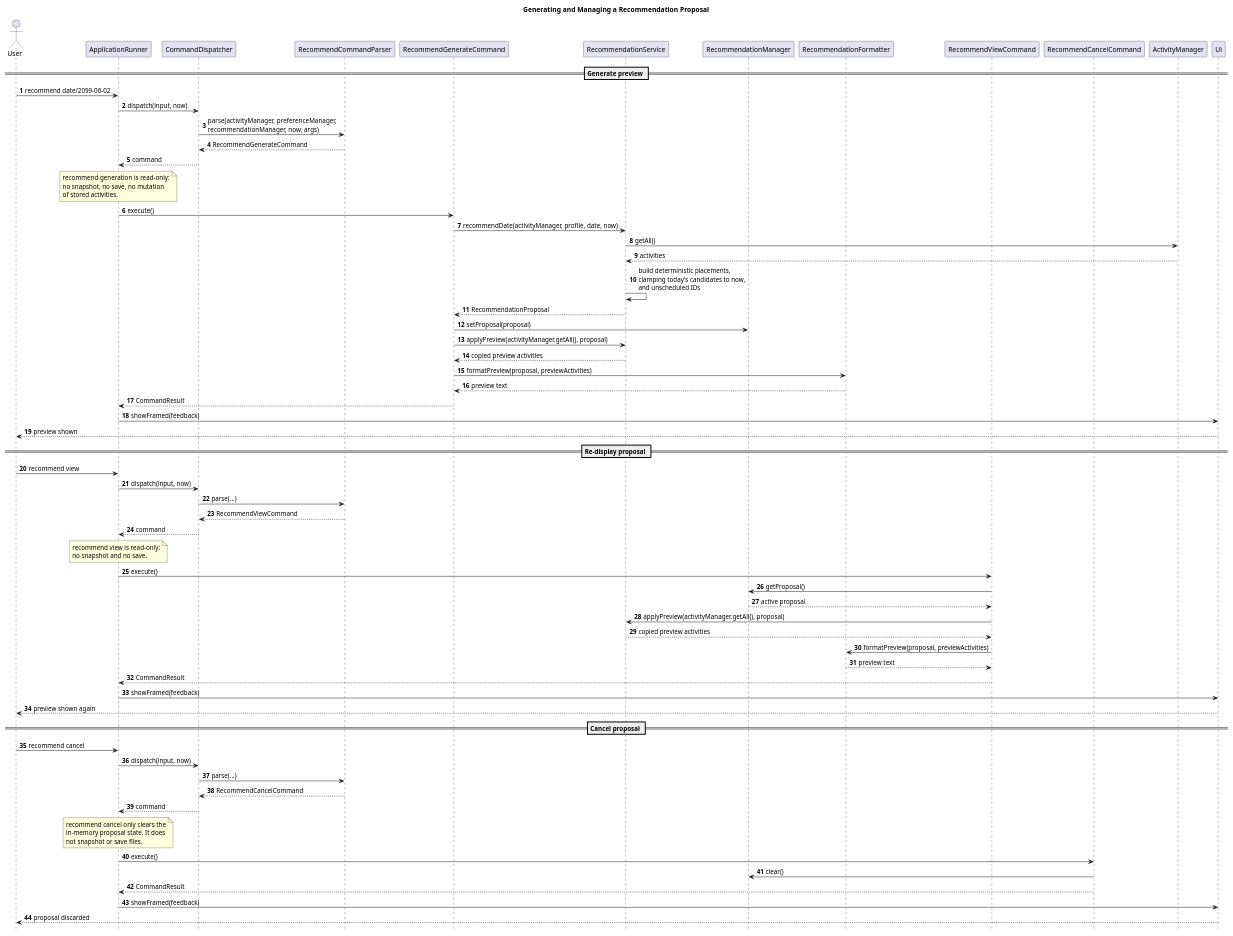
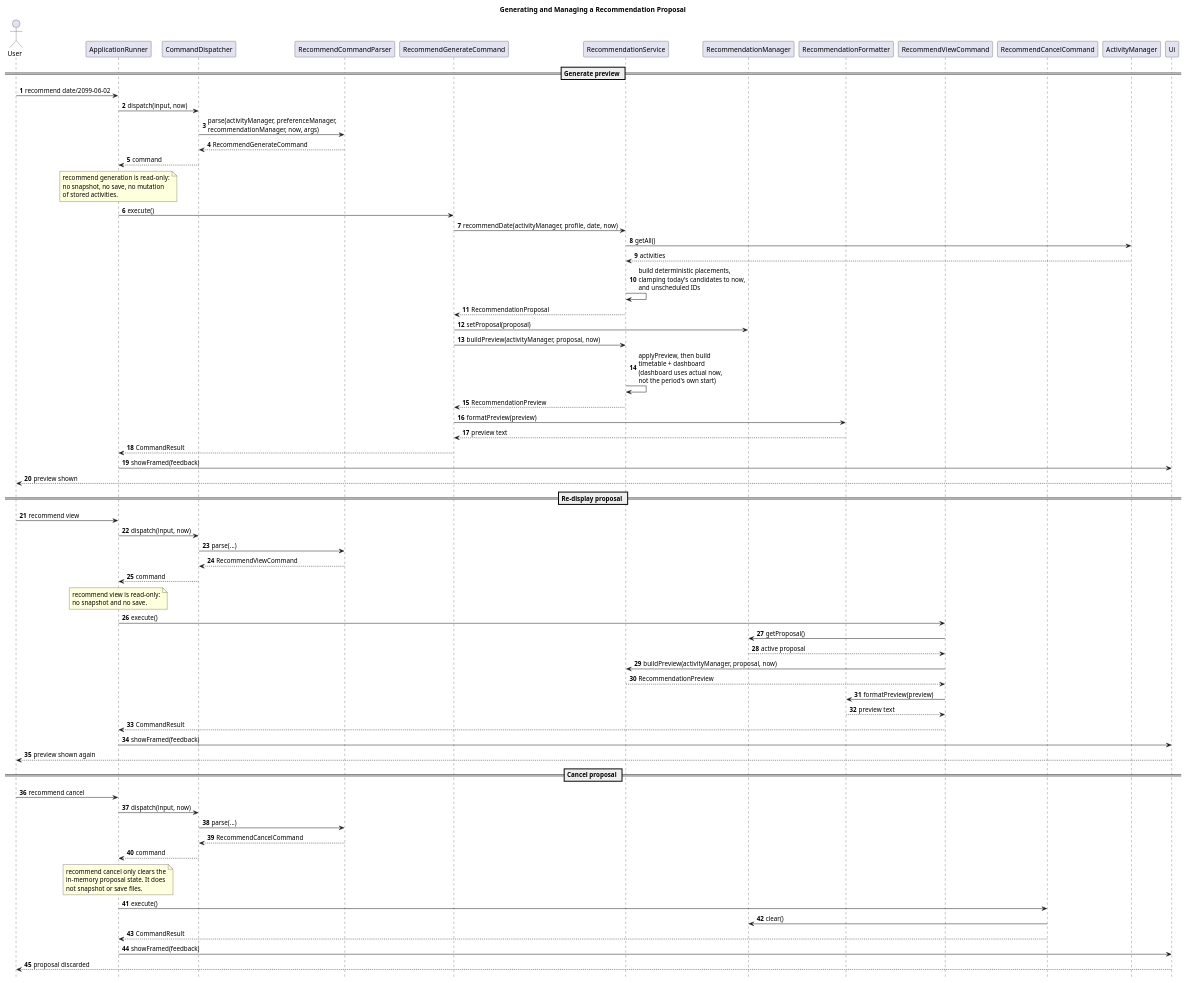
Before and after one commit to lukelouyu/SelfTeamProject: the diagram in docs/diagrams/sequence/RecommendationGenerationSequence.puml, drawn with PlantUML. The commit also changed 5 other files, not shown here.

```diff
--- a/docs/diagrams/sequence/RecommendationGenerationSequence.puml
+++ b/docs/diagrams/sequence/RecommendationGenerationSequence.puml
@@ -1,90 +1,91 @@
 @startuml
 title Generating and Managing a Recommendation Proposal
 
 skinparam shadowing false
 hide footbox
 autonumber
 
 actor User
 participant ApplicationRunner as Runner
 participant CommandDispatcher as Dispatcher
 participant RecommendCommandParser as Parser
 participant RecommendGenerateCommand as Generate
 participant RecommendationService as Service
 participant RecommendationManager as ProposalStore
 participant RecommendationFormatter as Formatter
 participant RecommendViewCommand as View
 participant RecommendCancelCommand as Cancel
 participant ActivityManager as Manager
 participant Ui
 
 == Generate preview ==
 
 User -> Runner : recommend date/2099-06-02
 Runner -> Dispatcher : dispatch(input, now)
 Dispatcher -> Parser : parse(activityManager, preferenceManager,\nrecommendationManager, now, args)
 Parser --> Dispatcher : RecommendGenerateCommand
 Dispatcher --> Runner : command
 
 note over Runner
   recommend generation is read-only:
   no snapshot, no save, no mutation
   of stored activities.
 end note
 
 Runner -> Generate : execute()
 Generate -> Service : recommendDate(activityManager, profile, date, now)
 Service -> Manager : getAll()
 Manager --> Service : activities
 Service -> Service : build deterministic placements,\nclamping today's candidates to now,\nand unscheduled IDs
 Service --> Generate : RecommendationProposal
 Generate -> ProposalStore : setProposal(proposal)
-Generate -> Service : applyPreview(activityManager.getAll(), proposal)
-Service --> Generate : copied preview activities
-Generate -> Formatter : formatPreview(proposal, previewActivities)
+Generate -> Service : buildPreview(activityManager, proposal, now)
+Service -> Service : applyPreview, then build\ntimetable + dashboard\n(dashboard uses actual now,\nnot the period's own start)
+Service --> Generate : RecommendationPreview
+Generate -> Formatter : formatPreview(preview)
 Formatter --> Generate : preview text
 Generate --> Runner : CommandResult
 Runner -> Ui : showFramed(feedback)
 Ui --> User : preview shown
 
 == Re-display proposal ==
 
 User -> Runner : recommend view
 Runner -> Dispatcher : dispatch(input, now)
 Dispatcher -> Parser : parse(...)
 Parser --> Dispatcher : RecommendViewCommand
 Dispatcher --> Runner : command
 note over Runner
   recommend view is read-only:
   no snapshot and no save.
 end note
 Runner -> View : execute()
 View -> ProposalStore : getProposal()
 ProposalStore --> View : active proposal
-View -> Service : applyPreview(activityManager.getAll(), proposal)
-Service --> View : copied preview activities
-View -> Formatter : formatPreview(proposal, previewActivities)
+View -> Service : buildPreview(activityManager, proposal, now)
+Service --> View : RecommendationPreview
+View -> Formatter : formatPreview(preview)
 Formatter --> View : preview text
 View --> Runner : CommandResult
 Runner -> Ui : showFramed(feedback)
 Ui --> User : preview shown again
 
 == Cancel proposal ==
 
 User -> Runner : recommend cancel
 Runner -> Dispatcher : dispatch(input, now)
 Dispatcher -> Parser : parse(...)
 Parser --> Dispatcher : RecommendCancelCommand
 Dispatcher --> Runner : command
 note over Runner
   recommend cancel only clears the
   in-memory proposal state. It does
   not snapshot or save files.
 end note
 Runner -> Cancel : execute()
 Cancel -> ProposalStore : clear()
 Cancel --> Runner : CommandResult
 Runner -> Ui : showFramed(feedback)
 Ui --> User : proposal discarded
 
 @enduml
```
